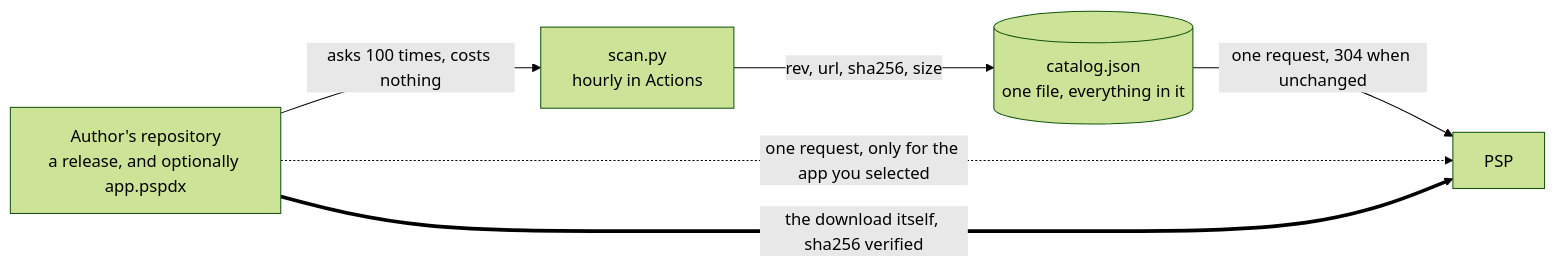
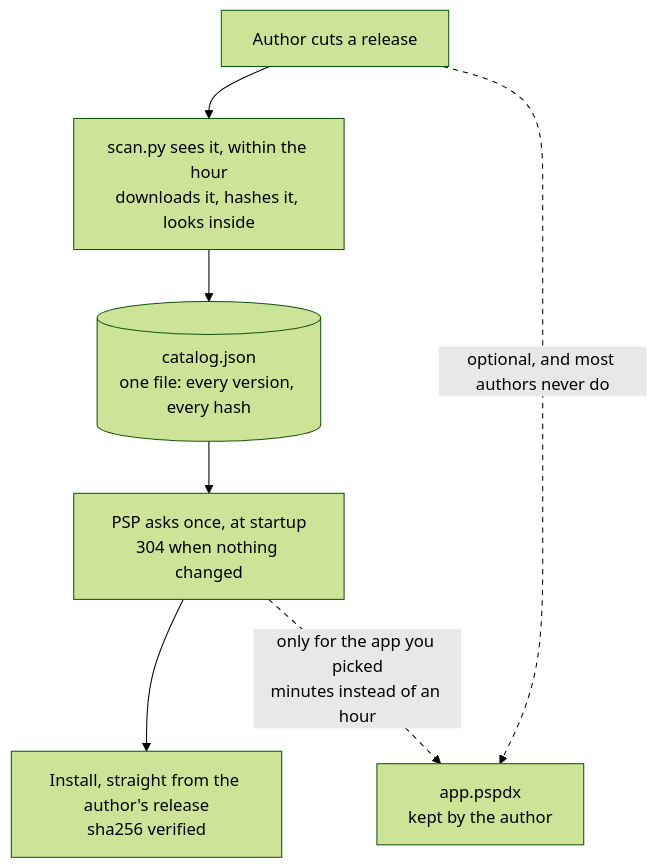
The diagram in architecture.md (chriopter/pspdx), drawn with Mermaid (forest theme) before and after one commit. The commit also changed 17 other files, not shown here.

First line of the commit message:
Draw the diagram as a flow, so the optional half looks optional

````diff
--- a/architecture.md
+++ b/architecture.md
@@ -12,13 +12,12 @@
 ```mermaid
-flowchart LR
-    A["Author's repository<br/>a release, and optionally app.pspdx"]
-    S["scan.py<br/>hourly in Actions"]
-    C[("catalog.json<br/>one file, everything in it")]
-    P["PSP"]
+flowchart TD
+    A["Author cuts a release"] --> B["scan.py sees it, within the hour<br/>downloads it, hashes it, looks inside"]
+    B --> C[("catalog.json<br/>one file: every version, every hash")]
+    C --> D["PSP asks once, at startup<br/>304 when nothing changed"]
+    D --> E["Install, straight from the author's release<br/>sha256 verified"]
 
-    A -- "asks 100 times, costs nothing" --> S
-    S -- "rev, url, sha256, size" --> C
-    C -- "one request, 304 when unchanged" --> P
-    A -. "one request, only for the app you selected" .-> P
-    A == "the download itself, sha256 verified" ==> P
+    A -. "optional, and most authors never do" .-> M["app.pspdx<br/>kept by the author"]
+    D -. "only for the app you picked<br/>minutes instead of an hour" .-> M
+
+    linkStyle 4,5 stroke-dasharray:5
 ```
````
